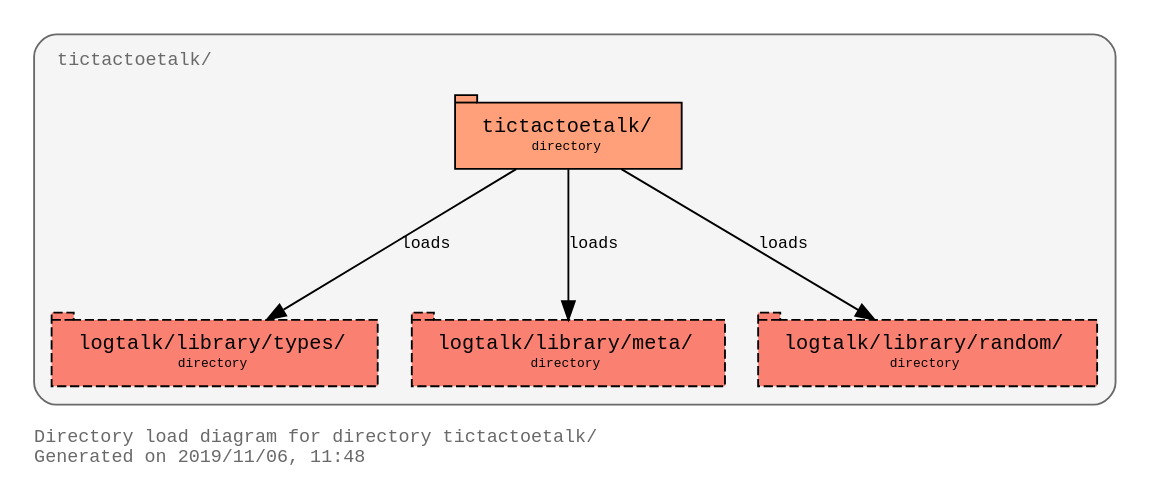
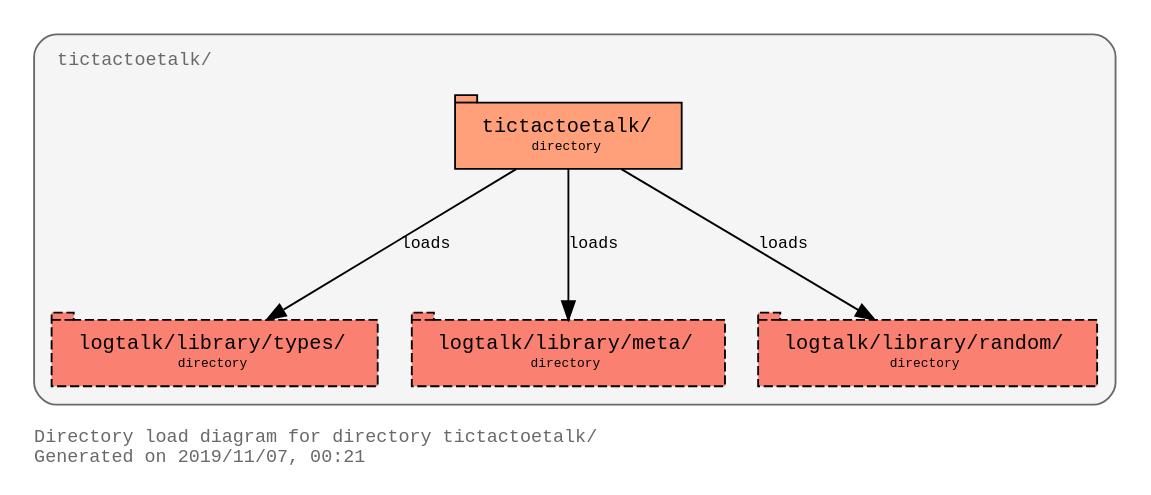
One commit to PaulBrownMagic/TicTacToeTalk changed the diagram in design/tictactoetalk_directory_load_diagram.dot. Above: the diagram before and after it, drawn with Graphviz. The commit also changed 15 other files, not shown here.

Commit message:
Updated graphviz diagrams

```diff
--- a/design/tictactoetalk_directory_load_diagram.dot
+++ b/design/tictactoetalk_directory_load_diagram.dot
@@ -1,33 +1,33 @@
 digraph "tictactoetalk" {
 rankdir="TB"
 ranksep="1.0"
 compound="true"
 splines="true"
 pack="true"
 clusterrank="local"
 labeljust="l"
 margin="1.0"
 fontname="Courier"
 fontsize="10"
 fontcolor="dimgray"
 pencolor="dimgray"
 node [shape="ellipse",style="filled",fillcolor="white",fontname="Courier",fontsize="9"]
 edge [fontname="Courier",fontsize="9"]
-label="Directory load diagram for directory tictactoetalk/\lGenerated on 2019/11/06, 11:48\l"
+label="Directory load diagram for directory tictactoetalk/\lGenerated on 2019/11/07, 00:21\l"
 
 subgraph "cluster_directory_tictactoetalk" {
 bgcolor="whitesmoke"
 style="rounded"
 margin="10"
 label=<<TABLE border="0" cellborder="0"><TR><TD tooltip="tictactoetalk/">tictactoetalk/</TD></TR></TABLE>>
 tooltip="tictactoetalk/"
 "/home/paul/Development/tictactoetalk/" [shape="tab",tooltip="tictactoetalk/",style="filled",fillcolor="lightsalmon",label=<<TABLE border="0" cellborder="0" cellspacing="0" cellpadding="0"><TR><TD> </TD><TD><FONT POINT-SIZE="11">tictactoetalk/</FONT></TD><TD> </TD></TR><TR><TD> </TD><TD><FONT POINT-SIZE="7">directory</FONT></TD><TD> </TD></TR></TABLE>>]
 "/home/paul/logtalk/library/types/" [shape="tab",tooltip="logtalk/library/types/",style="filled,dashed",fillcolor="salmon",label=<<TABLE border="0" cellborder="0" cellspacing="0" cellpadding="0"><TR><TD> </TD><TD><FONT POINT-SIZE="11">logtalk/library/types/</FONT></TD><TD> </TD></TR><TR><TD> </TD><TD><FONT POINT-SIZE="7">directory</FONT></TD><TD> </TD></TR></TABLE>>]
 "/home/paul/logtalk/library/meta/" [shape="tab",tooltip="logtalk/library/meta/",style="filled,dashed",fillcolor="salmon",label=<<TABLE border="0" cellborder="0" cellspacing="0" cellpadding="0"><TR><TD> </TD><TD><FONT POINT-SIZE="11">logtalk/library/meta/</FONT></TD><TD> </TD></TR><TR><TD> </TD><TD><FONT POINT-SIZE="7">directory</FONT></TD><TD> </TD></TR></TABLE>>]
 "/home/paul/logtalk/library/random/" [shape="tab",tooltip="logtalk/library/random/",style="filled,dashed",fillcolor="salmon",label=<<TABLE border="0" cellborder="0" cellspacing="0" cellpadding="0"><TR><TD> </TD><TD><FONT POINT-SIZE="11">logtalk/library/random/</FONT></TD><TD> </TD></TR><TR><TD> </TD><TD><FONT POINT-SIZE="7">directory</FONT></TD><TD> </TD></TR></TABLE>>]
 "/home/paul/Development/tictactoetalk/" -> "/home/paul/logtalk/library/types/" [arrowhead="normal",labeltooltip="loads",label=<loads>]
 "/home/paul/Development/tictactoetalk/" -> "/home/paul/logtalk/library/meta/" [arrowhead="normal",labeltooltip="loads",label=<loads>]
 "/home/paul/Development/tictactoetalk/" -> "/home/paul/logtalk/library/random/" [arrowhead="normal",labeltooltip="loads",label=<loads>]
 }
 
 }
```
